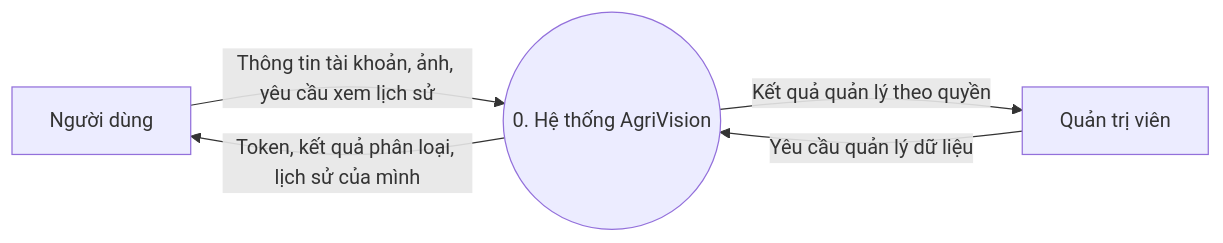
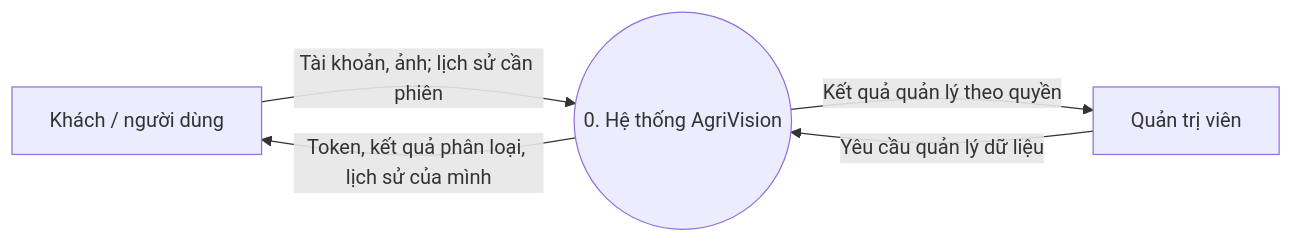
One commit to KayPham05/AgriAI changed the second of 5 diagrams in docs/system_design_diagrams.md. Above: the diagram before and after it, drawn with Mermaid. The commit also changed other lines of this file and 144 other files, not shown here.

Commit message:
docs: AGRI-76 align requirements and diagrams with current schema

````diff
--- a/docs/system_design_diagrams.md
+++ b/docs/system_design_diagrams.md
@@ -114,7 +83,7 @@
 ```mermaid
 flowchart LR
-    U["Người dùng"] -->|"Thông tin tài khoản, ảnh, yêu cầu xem lịch sử"| S(("0. Hệ thống AgriVision"))
+    U["Khách / người dùng"] -->|"Tài khoản, ảnh; lịch sử cần phiên"| S(("0. Hệ thống AgriVision"))
     S -->|"Token, kết quả phân loại, lịch sử của mình"| U
     A["Quản trị viên"] -->|"Yêu cầu quản lý dữ liệu"| S
     S -->|"Kết quả quản lý theo quyền"| A
 ```
````
